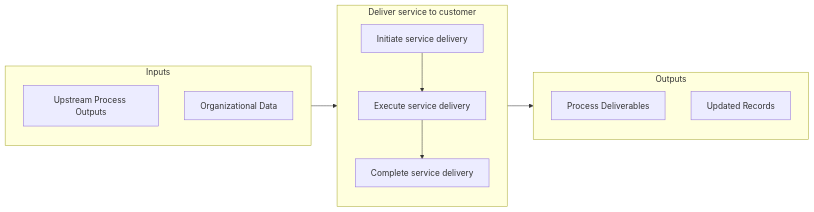
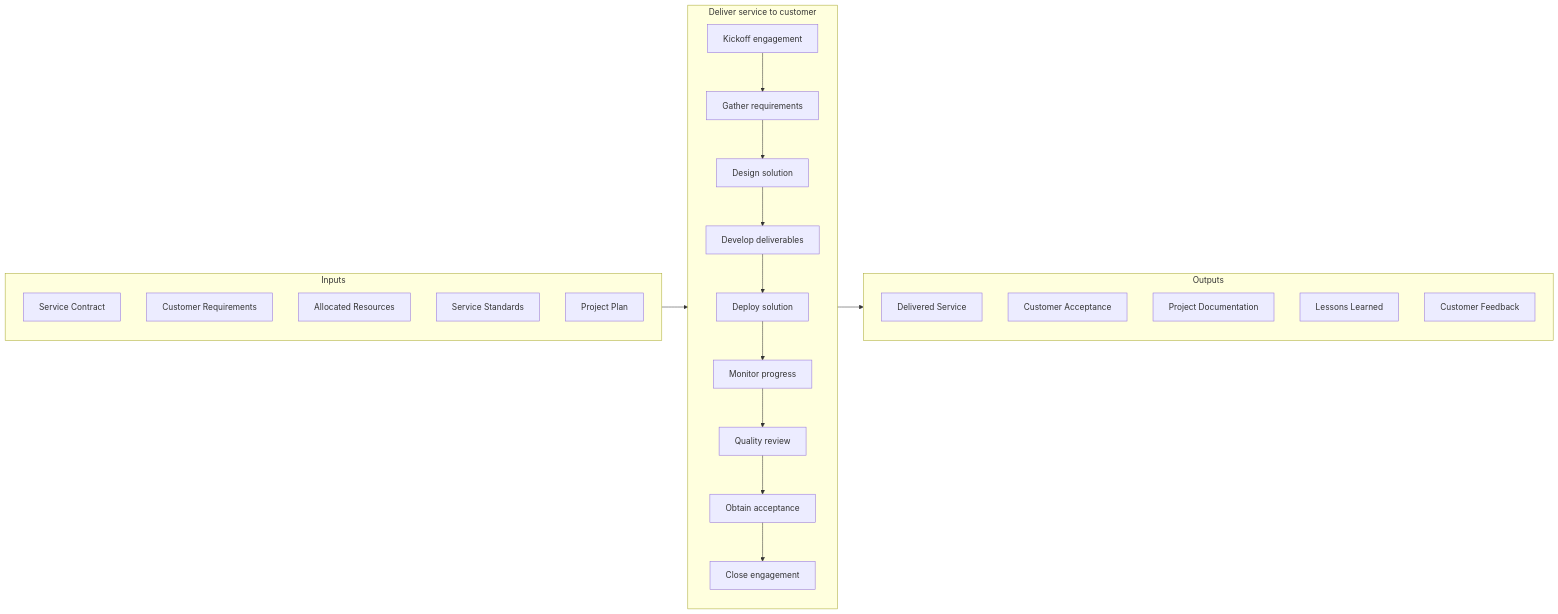
Before and after one commit to kziemski/business.org.ai: the second of 3 diagrams in processes/05-Services/5.3-DeliverServiceCustomer/index.mdx, drawn with Mermaid. The commit also changed other lines of this file and 67 other files, not shown here.

````diff
--- a/processes/05-Services/5.3-DeliverServiceCustomer/index.mdx
+++ b/processes/05-Services/5.3-DeliverServiceCustomer/index.mdx
@@ -62,22 +79,33 @@
 ```mermaid
 flowchart LR
     subgraph Inputs["Inputs"]
-        I1["Upstream Process Outputs"]
-        I2["Organizational Data"]
+        I1["Service Contract"]
+        I2["Customer Requirements"]
+        I3["Allocated Resources"]
+        I4["Service Standards"]
+        I5["Project Plan"]
     end
 
     subgraph Process["Deliver service to customer"]
-        S1["Initiate service delivery"]
-        S2["Execute service delivery"]
-        S3["Complete service delivery"]
+        S1["Kickoff engagement"]
+        S2["Gather requirements"]
+        S3["Design solution"]
+        S4["Develop deliverables"]
+        S5["Deploy solution"]
+        S6["Monitor progress"]
+        S7["Quality review"]
+        S8["Obtain acceptance"]
+        S9["Close engagement"]
     end
 
     subgraph Outputs["Outputs"]
-        O1["Process Deliverables"]
-        O2["Updated Records"]
+        O1["Delivered Service"]
+        O2["Customer Acceptance"]
+        O3["Project Documentation"]
+        O4["Lessons Learned"]
+        O5["Customer Feedback"]
     end
 
     Inputs --> Process --> Outputs
-    S1 --> S2
-    S2 --> S3
+    S1 --> S2 --> S3 --> S4 --> S5 --> S6 --> S7 --> S8 --> S9
 ```
````
